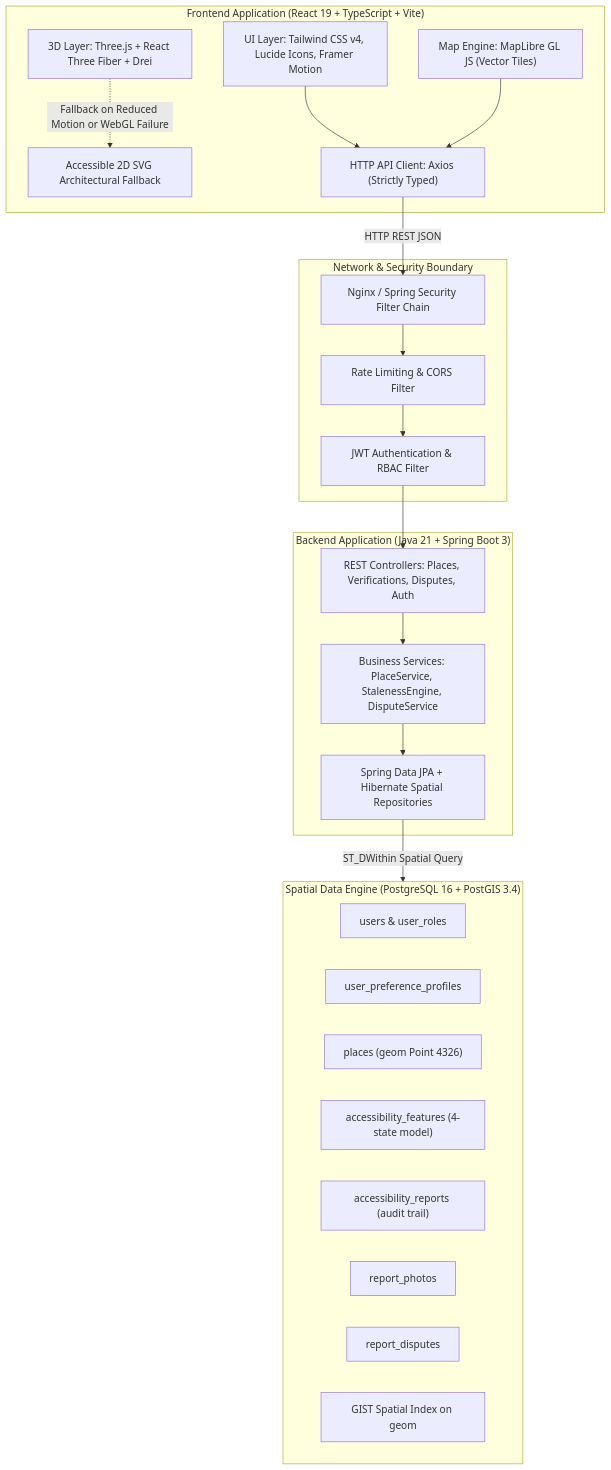
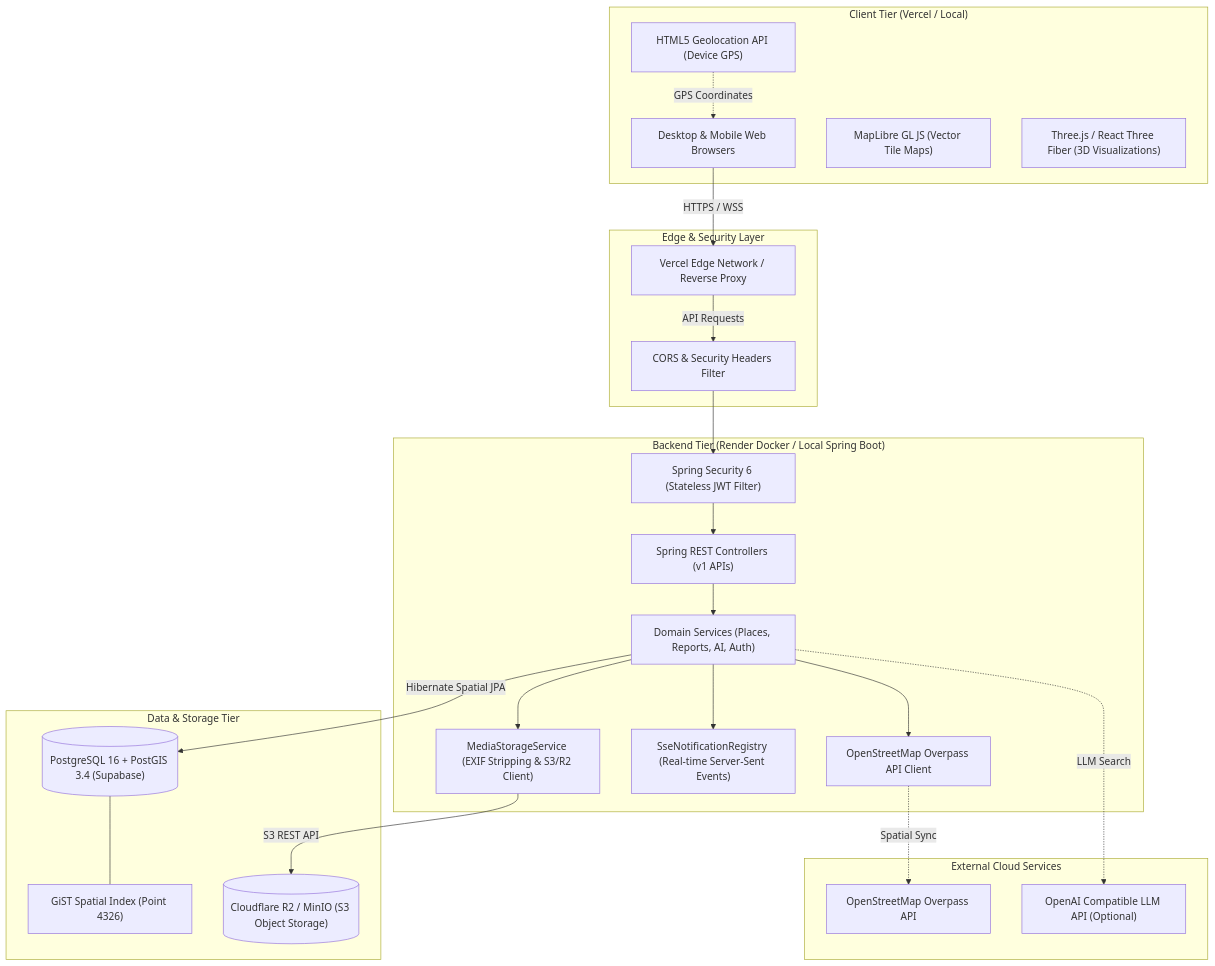
Before and after one commit to fraaznasim12/WAYZA-Smart-Nearby-Discovery-Implementation: the first of 4 diagrams in docs/ARCHITECTURE.md, drawn with Mermaid. The commit also changed other lines of this file and 15 other files, not shown here.

Commit message:
docs: complete phase 18 professional portfolio presentation, architecture diagrams, and genuine screenshot suite

````diff
--- a/docs/ARCHITECTURE.md
+++ b/docs/ARCHITECTURE.md
@@ -7,42 +7,49 @@
 ```mermaid
 flowchart TD
-    subgraph ClientLayer["Frontend Application (React 19 + TypeScript + Vite)"]
-        UI["UI Layer: Tailwind CSS v4, Lucide Icons, Framer Motion"]
-        MapLibre["Map Engine: MapLibre GL JS (Vector Tiles)"]
-        ThreeCanvas["3D Layer: Three.js + React Three Fiber + Drei"]
-        Fallback2D["Accessible 2D SVG Architectural Fallback"]
-        ApiClient["HTTP API Client: Axios (Strictly Typed)"]
+    subgraph Client["Client Tier (Vercel / Local)"]
+        Browser["Desktop & Mobile Web Browsers"]
+        GeoAPI["HTML5 Geolocation API (Device GPS)"]
+        MapLibre["MapLibre GL JS (Vector Tile Maps)"]
+        ThreeJS["Three.js / React Three Fiber (3D Visualizations)"]
     end
 
-    subgraph SecurityBoundary["Network & Security Boundary"]
-        ReverseProxy["Nginx / Spring Security Filter Chain"]
-        RateLimiter["Rate Limiting & CORS Filter"]
-        JwtFilter["JWT Authentication & RBAC Filter"]
+    subgraph CDN["Edge & Security Layer"]
+        VercelCDN["Vercel Edge Network / Reverse Proxy"]
+        CORS["CORS & Security Headers Filter"]
     end
 
-    subgraph BackendService["Backend Application (Java 21 + Spring Boot 3)"]
-        Controllers["REST Controllers: Places, Verifications, Disputes, Auth"]
-        Services["Business Services: PlaceService, StalenessEngine, DisputeService"]
-        Repositories["Spring Data JPA + Hibernate Spatial Repositories"]
+    subgraph API["Backend Tier (Render Docker / Local Spring Boot)"]
+        SpringSecurity["Spring Security 6 (Stateless JWT Filter)"]
+        Controllers["Spring REST Controllers (v1 APIs)"]
+        Services["Domain Services (Places, Reports, AI, Auth)"]
+        StorageService["MediaStorageService (EXIF Stripping & S3/R2 Client)"]
+        SSERegistry["SseNotificationRegistry (Real-time Server-Sent Events)"]
+        OverpassClient["OpenStreetMap Overpass API Client"]
     end
 
-    subgraph DataTier["Spatial Data Engine (PostgreSQL 16 + PostGIS 3.4)"]
-        UsersTable["users & user_roles"]
-        PreferencesTable["user_preference_profiles"]
-        PlacesTable["places (geom Point 4326)"]
-        FeaturesTable["accessibility_features (4-state model)"]
-        ReportsTable["accessibility_reports (audit trail)"]
-        PhotosTable["report_photos"]
-        DisputesTable["report_disputes"]
-        SpatialIndex["GIST Spatial Index on geom"]
+    subgraph Persistence["Data & Storage Tier"]
+        PostgreSQL[("PostgreSQL 16 + PostGIS 3.4 (Supabase)")]
+        GISTIndex["GiST Spatial Index (Point 4326)"]
+        ObjectStorage[("Cloudflare R2 / MinIO (S3 Object Storage)")]
     end
 
-    UI --> ApiClient
-    MapLibre --> ApiClient
-    ThreeCanvas -.->|Fallback on Reduced Motion or WebGL Failure| Fallback2D
-    ApiClient -->|HTTP REST JSON| ReverseProxy
-    ReverseProxy --> RateLimiter --> JwtFilter --> Controllers
+    subgraph External["External Cloud Services"]
+        OSMAPI["OpenStreetMap Overpass API"]
+        OpenAI["OpenAI Compatible LLM API (Optional)"]
+    end
+
+    Browser -->|HTTPS / WSS| VercelCDN
+    GeoAPI -.->|GPS Coordinates| Browser
+    VercelCDN -->|API Requests| CORS
+    CORS --> SpringSecurity
+    SpringSecurity --> Controllers
     Controllers --> Services
-    Services --> Repositories
-    Repositories -->|ST_DWithin Spatial Query| DataTier
+    Services --> StorageService
+    Services --> SSERegistry
+    Services --> OverpassClient
+    Services -->|Hibernate Spatial JPA| PostgreSQL
+    PostgreSQL --- GISTIndex
+    StorageService -->|S3 REST API| ObjectStorage
+    OverpassClient -.->|Spatial Sync| OSMAPI
+    Services -.->|LLM Search| OpenAI
 ```
````
